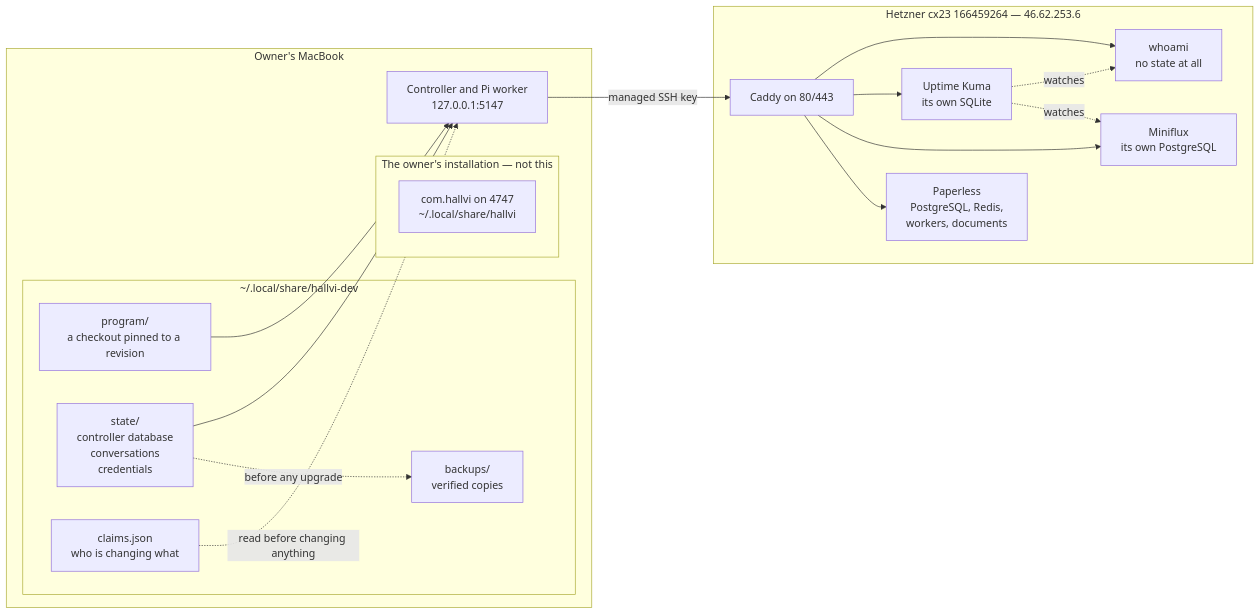
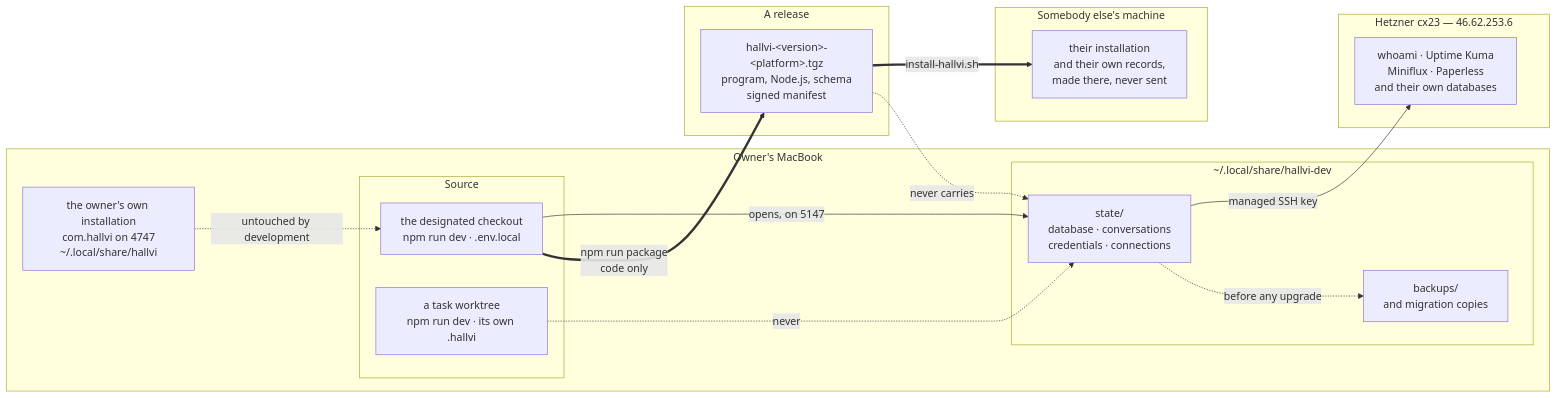
One commit to lustoykov/hallvi changed the diagram in docs/architecture/development-environment.md. Above: the diagram before and after it, drawn with Mermaid. The commit also changed other lines of this file and 8 other files, not shown here.

First line of the commit message:
Develop with npm run dev, against the records that were already there

````diff
--- a/docs/architecture/development-environment.md
+++ b/docs/architecture/development-environment.md
@@ -8,34 +9,32 @@
 ```mermaid
 flowchart LR
     subgraph mac["Owner's MacBook"]
-        subgraph installed["The owner's installation — not this"]
-            svc["com.hallvi on 4747\n~/.local/share/hallvi"]
+        subgraph src["Source"]
+            designated["the designated checkout<br/>npm run dev · .env.local"]
+            worktree["a task worktree<br/>npm run dev · its own .hallvi"]
         end
-        subgraph env["~/.local/share/hallvi-dev"]
-            prog["program/\na checkout pinned to a revision"]
-            state["state/\ncontroller database\nconversations\ncredentials"]
-            back["backups/\nverified copies"]
-            claims["claims.json\nwho is changing what"]
+        subgraph kept["~/.local/share/hallvi-dev"]
+            state["state/<br/>database · conversations<br/>credentials · connections"]
+            backups["backups/<br/>and migration copies"]
         end
-        ctl["Controller and Pi worker\n127.0.0.1:5147"]
+        installed["the owner's own installation<br/>com.hallvi on 4747<br/>~/.local/share/hallvi"]
     end
-    subgraph host["Hetzner cx23 166459264 — 46.62.253.6"]
-        caddy["Caddy on 80/443"]
-        who["whoami\nno state at all"]
-        kuma["Uptime Kuma\nits own SQLite"]
-        mini["Miniflux\nits own PostgreSQL"]
-        paper["Paperless\nPostgreSQL, Redis,\nworkers, documents"]
+    subgraph host["Hetzner cx23 — 46.62.253.6"]
+        apps["whoami · Uptime Kuma<br/>Miniflux · Paperless<br/>and their own databases"]
+    end
+    subgraph release["A release"]
+        archive["hallvi-&lt;version&gt;-&lt;platform&gt;.tgz<br/>program, Node.js, schema<br/>signed manifest"]
+    end
+    subgraph user["Somebody else's machine"]
+        theirs["their installation<br/>and their own records,<br/>made there, never sent"]
     end
 
-    prog --> ctl
-    state --> ctl
-    ctl -->|"managed SSH key"| caddy
-    caddy --> who
-    caddy --> kuma
-    caddy --> mini
-    caddy --> paper
-    kuma -.->|"watches"| who
-    kuma -.->|"watches"| mini
-    state -.->|"before any upgrade"| back
-    claims -.->|"read before changing anything"| ctl
+    designated -->|"opens, on 5147"| state
+    worktree -.->|"never"| state
+    state -->|"managed SSH key"| apps
+    state -.->|"before any upgrade"| backups
+    designated ==>|"npm run package<br/>code only"| archive
+    archive ==>|"install-hallvi.sh"| theirs
+    archive -.->|"never carries"| state
+    installed -.->|"untouched by development"| designated
 ```
````
